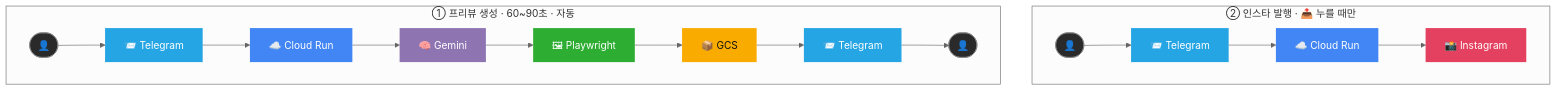
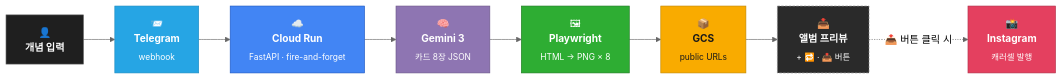
The first of 2 diagrams in README.md (SheepJH/concept_archive), drawn with Mermaid (neutral theme) before and after one commit. The commit also changed other lines of this file, not shown here.

Commit message:
README 큰 그림 다이어그램 재설계: 단일 가로 파이프라인
이전 문제:
- 두 개의 subgraph가 가로로 배치되어 Phase2가 뷰포트 밖으로 잘림
- subgraph 레이아웃 때문에 실제 데이터 흐름이 잘 안 읽힘
- 인트로 설명이 다이어그램과 중복

개선:
- 인트로 문장 제거
- subgraph 제거하고 단일 가로 파이프라인으로 통합: 👤 → 📨 → ☁️ → 🧠 → 🖼 → 📦 → 📥 앨범 → (📤 버튼) → 📸
- Instagram은 점선 분기로 "옵션" 임을 시각적으로 표현
- 각 노드에 이모지 + 굵은 이름 + 부연설명(<sub>) 3단 구성으로 정보 밀도 ↑
- 브랜드 컬러 유지, 테두리색은 살짝 진하게

````diff
--- a/README.md
+++ b/README.md
@@ -57,38 +55,32 @@
 ```mermaid
 flowchart LR
-    subgraph Phase1 ["① 프리뷰 생성 · 60~90초 · 자동"]
-        direction LR
-        U1([👤]) --> T1[📨 Telegram]
-        T1 --> B1[☁️ Cloud Run]
-        B1 --> G[🧠 Gemini]
-        G --> P[🖼 Playwright]
-        P --> S[📦 GCS]
-        S --> T2[📨 Telegram]
-        T2 --> U2([👤])
-    end
+    A["👤<br/><b>개념 입력</b>"]
+    B["📨<br/><b>Telegram</b><br/><sub>webhook</sub>"]
+    C["☁️<br/><b>Cloud Run</b><br/><sub>FastAPI · fire-and-forget</sub>"]
+    D["🧠<br/><b>Gemini 3</b><br/><sub>카드 8장 JSON</sub>"]
+    E["🖼<br/><b>Playwright</b><br/><sub>HTML → PNG × 8</sub>"]
+    F["📦<br/><b>GCS</b><br/><sub>public URLs</sub>"]
+    G["📥<br/><b>앨범 프리뷰</b><br/><sub>+ 🔁 · 📤 버튼</sub>"]
+    H["📸<br/><b>Instagram</b><br/><sub>캐러셀 발행</sub>"]
 
-    subgraph Phase2 ["② 인스타 발행 · 📤 누를 때만"]
-        direction LR
-        U3([👤]) --> T3[📨 Telegram]
-        T3 --> B2[☁️ Cloud Run]
-        B2 --> I[📸 Instagram]
-    end
+    A --> B --> C --> D --> E --> F --> G
+    G -. "📤 버튼 클릭 시" .-> H
 
-    Phase1 ~~~ Phase2
+    classDef user fill:#1f1f1f,stroke:#555,color:#fff
+    classDef tg fill:#26A5E4,stroke:#1d8bc0,color:#fff
+    classDef gcp fill:#4285F4,stroke:#1a56c2,color:#fff
+    classDef ai fill:#8E75B2,stroke:#6b5689,color:#fff
+    classDef pw fill:#2EAD33,stroke:#1f7a22,color:#fff
+    classDef gcs fill:#F9AB00,stroke:#c28700,color:#1a1a1a
+    classDef out fill:#2a2a2a,stroke:#888,color:#fff,stroke-dasharray:4 2
+    classDef ig fill:#E4405F,stroke:#b0304a,color:#fff
 
-    classDef user fill:#2a2a2a,stroke:#888,color:#fff,stroke-width:1px
-    classDef tg fill:#26A5E4,stroke:#26A5E4,color:#fff,stroke-width:0px
-    classDef gcp fill:#4285F4,stroke:#4285F4,color:#fff,stroke-width:0px
-    classDef gemini fill:#8E75B2,stroke:#8E75B2,color:#fff,stroke-width:0px
-    classDef render fill:#2EAD33,stroke:#2EAD33,color:#fff,stroke-width:0px
-    classDef gcs fill:#F9AB00,stroke:#F9AB00,color:#111,stroke-width:0px
-    classDef ig fill:#E4405F,stroke:#E4405F,color:#fff,stroke-width:0px
-
-    class U1,U2,U3 user
-    class T1,T2,T3 tg
-    class B1,B2 gcp
-    class G gemini
-    class P render
-    class S gcs
-    class I ig
+    class A user
+    class B tg
+    class C gcp
+    class D ai
+    class E pw
+    class F gcs
+    class G out
+    class H ig
 ```
````
